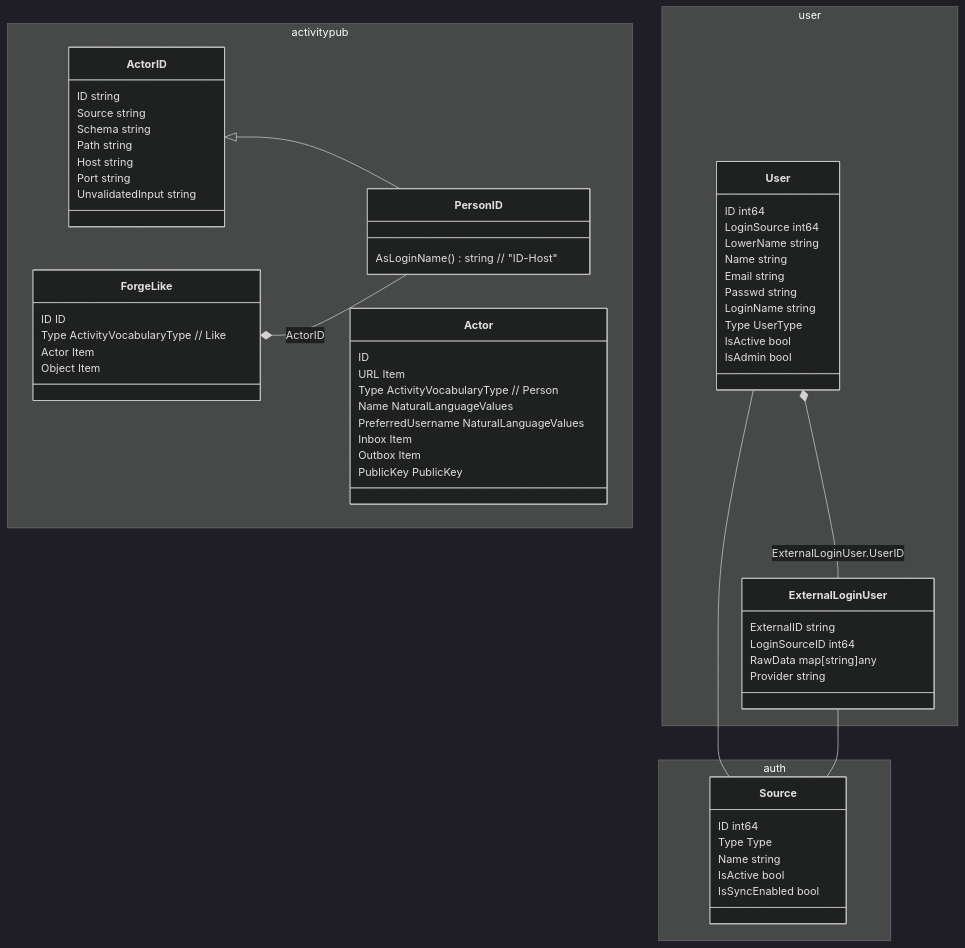
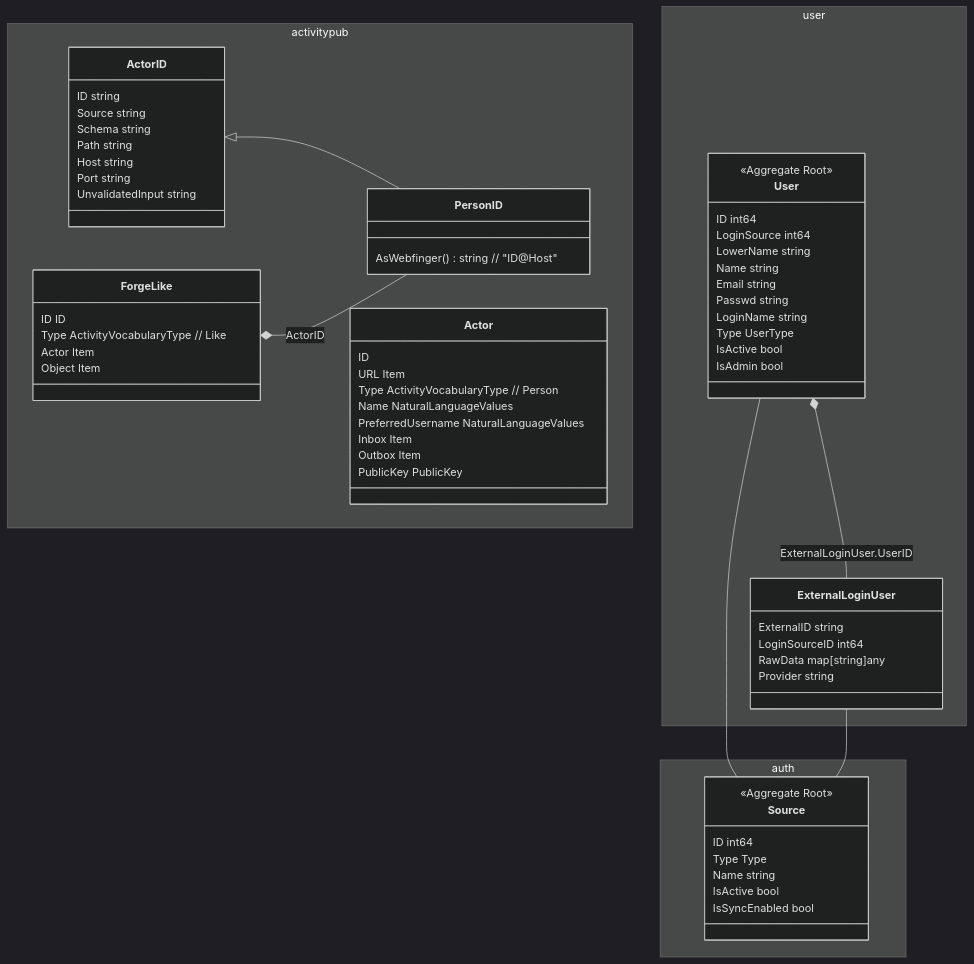
Before and after one commit to yonasBSD/forgejo: the second of 4 diagrams in docs/unsure-where-to-put/adr-map-federated-person.md, drawn with Mermaid (dark theme). The commit also changed other lines of this file, not shown here.

````diff
--- a/docs/unsure-where-to-put/adr-map-federated-person.md
+++ b/docs/unsure-where-to-put/adr-map-federated-person.md
@@ -88,72 +113,74 @@
 ```mermaid
 classDiagram
   namespace activitypub {
     class ForgeLike {
       ID ID
       Type ActivityVocabularyType // Like
       Actor Item
       Object Item
     }
     class Actor {
       ID
       URL Item
       Type ActivityVocabularyType // Person
       Name NaturalLanguageValues
       PreferredUsername NaturalLanguageValues
       Inbox Item
       Outbox Item
       PublicKey PublicKey
     }
     class ActorID {
       ID               string
       Source           string
       Schema           string
       Path             string
       Host             string
       Port             string
       UnvalidatedInput string
     }
     class PersonID {
-      AsLoginName() string // "ID-Host"
+      AsWebfinger() string // "ID@Host"
     }
   }
 
   ActorID <|-- PersonID
   ForgeLike *-- PersonID: ActorID
 
   namespace user {
     class User {
+      <<Aggregate Root>>
       ID        int64
       LoginSource int64
       LowerName string
       Name      string
       Email     string
       Passwd    string
       LoginName   string
       Type        UserType
       IsActive bool
       IsAdmin bool
     }
 
     class ExternalLoginUser {
       ExternalID        string
       LoginSourceID     int64
       RawData           map[string]any
       Provider          string        
     }
   }
 
   namespace auth {
     class Source {
+      <<Aggregate Root>>
       ID            int64
       Type          Type
       Name          string  
       IsActive      bool           
       IsSyncEnabled bool  
     }
   }
 
   User *-- ExternalLoginUser: ExternalLoginUser.UserID
   User -- Source
   ExternalLoginUser -- Source  
 ```
````
